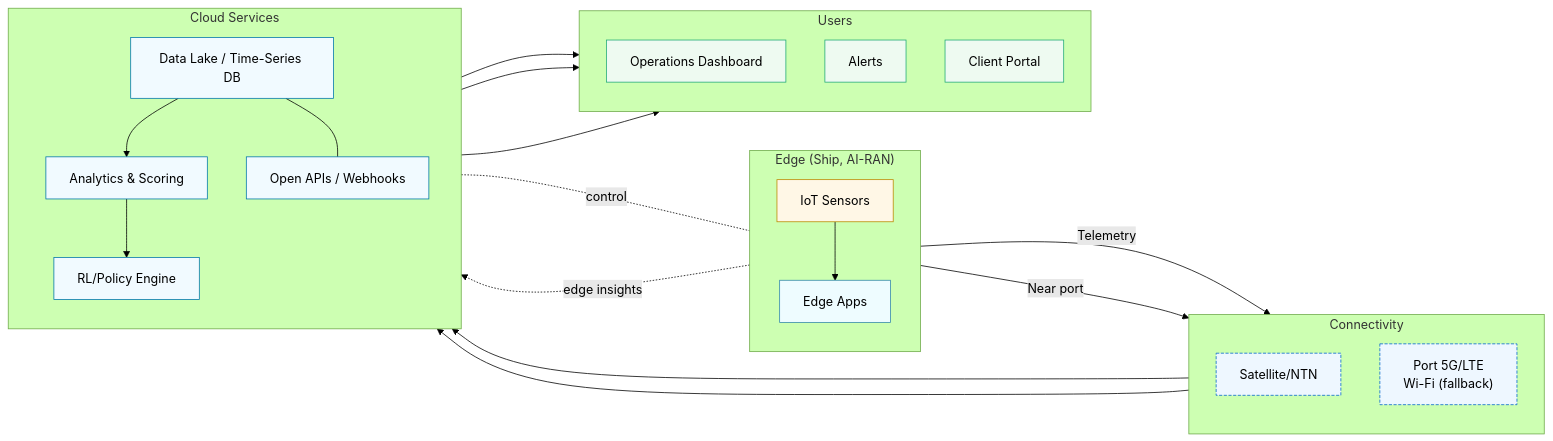
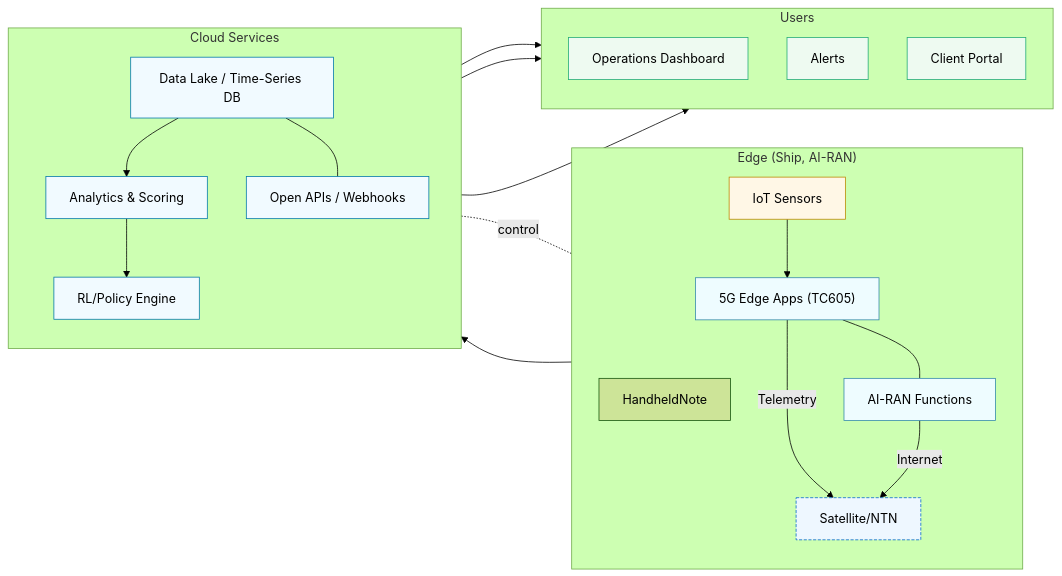
One commit to jshuo/ai-moea-proposal changed the diagram in proposal/attachments/ai-laas.md. Above: the diagram before and after it, drawn with Mermaid (forest theme). The commit also changed 1 other file, not shown here.

Commit message:
itri-wip

`````diff
--- a/proposal/attachments/ai-laas.md
+++ b/proposal/attachments/ai-laas.md
@@ -1,53 +1,49 @@
 ````mermaid
 
 flowchart LR
   %% High-level architecture
   subgraph Edge["Edge (Ship, AI-RAN)"]
     direction TB
     Sensors["IoT Sensors"]:::sensor
-    EdgeApps["Edge Apps"]:::edge
+    EdgeApps["5G Edge Apps (TC605)"]:::edge
+    AIRAN["AI-RAN Functions"]:::edge
+    NTN["Satellite/NTN"]:::link
     Sensors --> EdgeApps
-  end
-
-  subgraph Connectivity["Connectivity"]
-    direction TB
-    NTN["Satellite/NTN"]:::link
-    Port5G["Port 5G/LTE<br/>Wi-Fi (fallback)"]:::link
+    EdgeApps ~~~ HandheldNote
   end
 
   subgraph Cloud["Cloud Services"]
     direction TB
     DL["Data Lake / Time-Series DB"]:::cloud
     Analytics["Analytics & Scoring"]:::cloud
     Policy["RL/Policy Engine"]:::cloud
     API["Open APIs / Webhooks"]:::cloud
     DL --> Analytics --> Policy
     DL --- API
   end
 
   subgraph Users["Users"]
     direction TB
     Ops["Operations Dashboard"]:::ui
     Alerts["Alerts"]:::ui
     Client["Client Portal"]:::ui
   end
 
   EdgeApps -->|Telemetry| NTN
-  EdgeApps -->|Near port| Port5G
+  AIRAN -->|Internet| NTN
+  EdgeApps --- AIRAN
   NTN --> DL
-  Port5G --> DL
   DL --> Ops
   Analytics --> Alerts
   API --> Client
-  Policy -. control .- EdgeApps
-  EdgeApps -. edge insights .-> Analytics
+  Policy -. control .- NTN
 
   classDef sensor fill:#fff7e6,stroke:#b80,stroke-width:1px;
   classDef edge fill:#eefcff,stroke:#38a,stroke-width:1px;
   classDef link fill:#eef7ff,stroke:#06c,stroke-width:1px,stroke-dasharray: 4 2;
   classDef cloud fill:#f1faff,stroke:#07a,stroke-width:1px;
   classDef ui fill:#eefaf1,stroke:#2a7,stroke-width:1px;
 
 
 
 ````
`````
